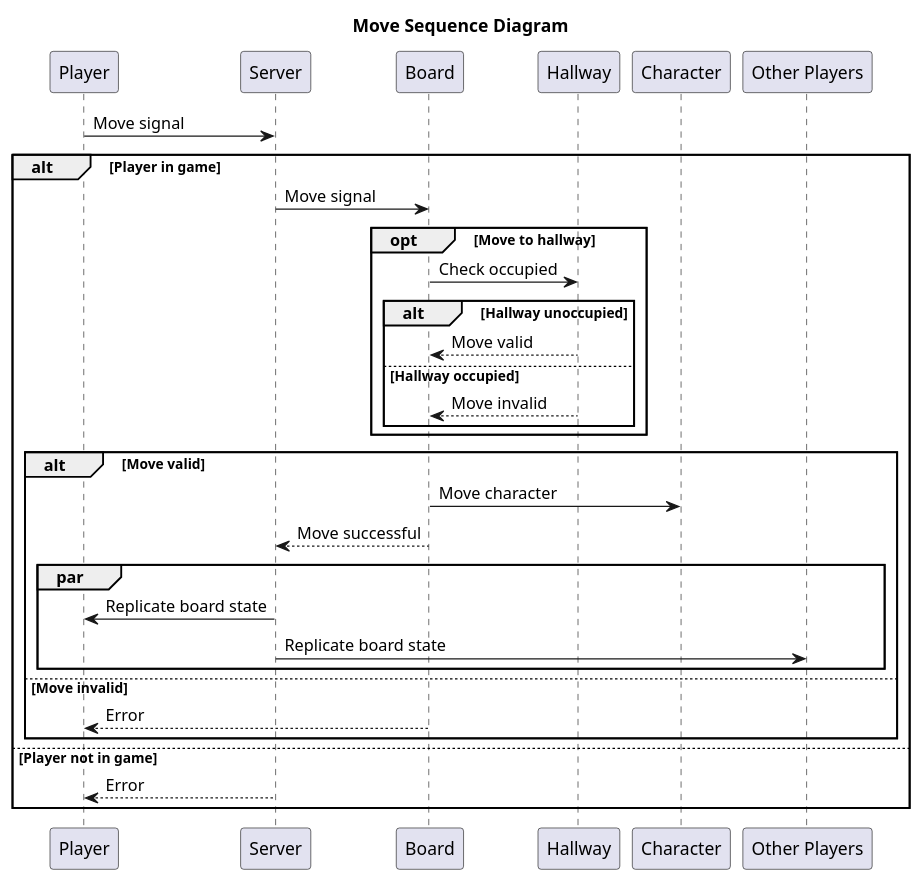
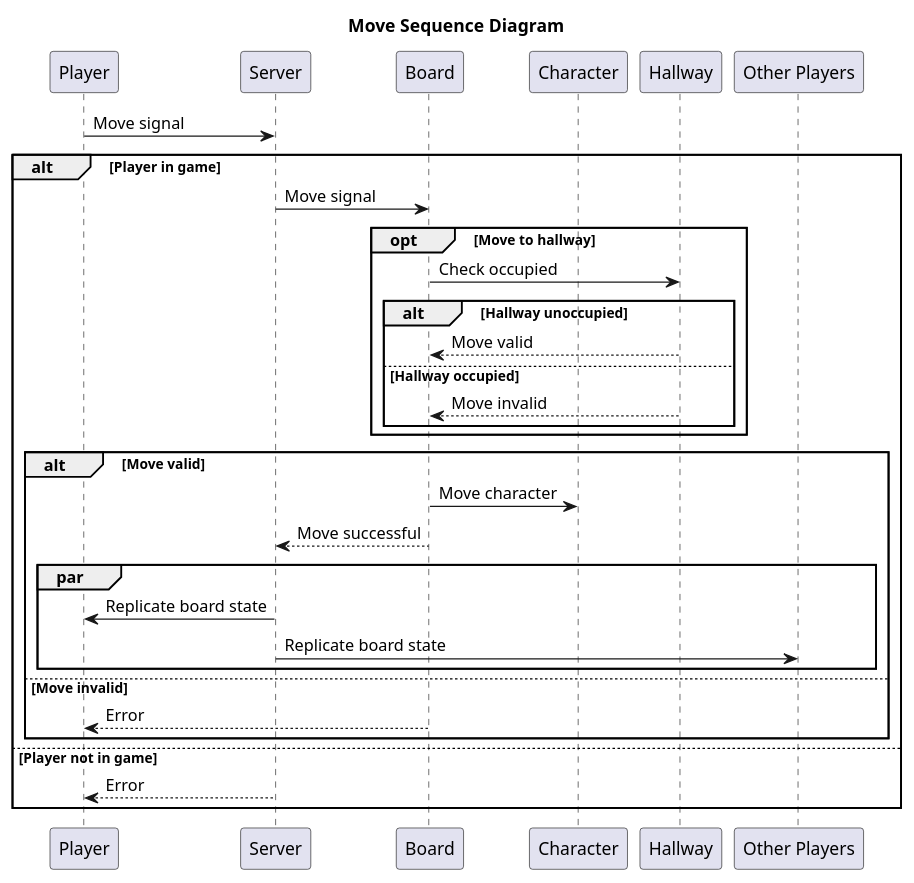
One commit to jedge3/Clueless changed the diagram in diagrams/move.plantuml. Above: the diagram before and after it, drawn with PlantUML. The commit also changed 3 other files, not shown here.

Commit message:
Update diagrams

```diff
--- a/diagrams/move.plantuml
+++ b/diagrams/move.plantuml
@@ -1,28 +1,34 @@
 @startuml Sequence Diagram
 title Move Sequence Diagram
+participant Player
+participant Server
+participant Board
+participant Character
+participant Hallway
+participant "Other Players"
 Player -> Server: Move signal
 alt Player in game
     Server -> Board: Move signal
     opt Move to hallway
         Board -> Hallway: Check occupied
         alt Hallway unoccupied
             Hallway --> Board: Move valid
         else Hallway occupied
             Hallway --> Board: Move invalid
         end
     end
     alt Move valid
         Board -> Character: Move character
 
         Board --> Server: Move successful
         par 
             Server -> Player: Replicate board state
             Server -> "Other Players": Replicate board state
         end
     else Move invalid
         Board --> Player: Error
     end
 else Player not in game
     Server --> Player: Error
 end
 @enduml
```
